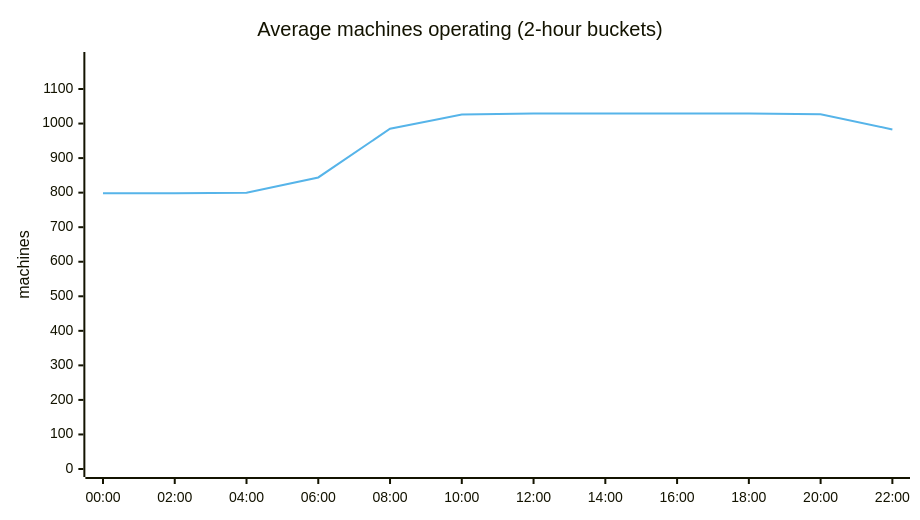
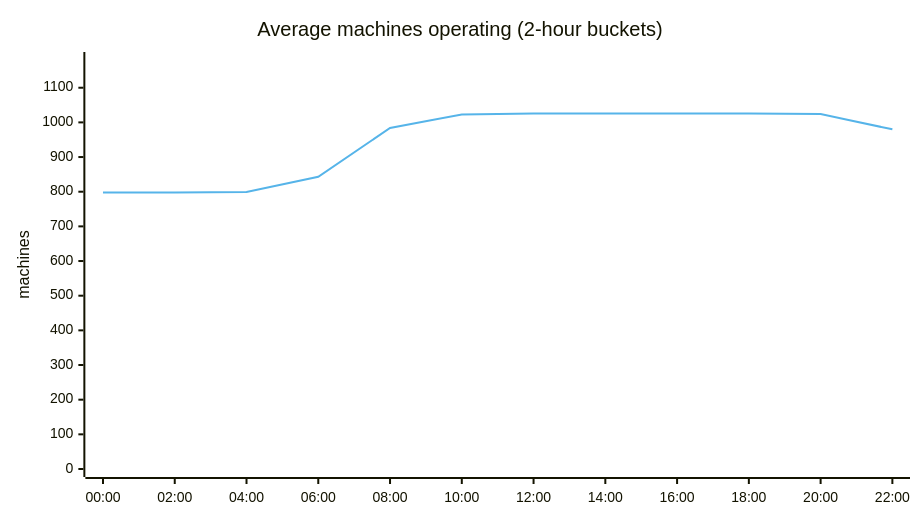
The third of 7 diagrams in ANALYSIS.md (cheeaun/returnright-data), drawn with Mermaid before and after one commit. The commit also changed other lines of this file and 3 other files, not shown here.

````diff
--- a/ANALYSIS.md
+++ b/ANALYSIS.md
@@ -88,15 +85,15 @@
 ```mermaid
 ---
 config:
   themeVariables:
     xyChart:
       plotColorPalette: "#56B4E9"
   xyChart:
     width: 900
 ---
 xychart-beta
     title "Average machines operating (2-hour buckets)"
     x-axis ["00:00", "02:00", "04:00", "06:00", "08:00", "10:00", "12:00", "14:00", "16:00", "18:00", "20:00", "22:00"]
-    y-axis "machines" 0 --> 1184
-    line [798, 798, 800, 844, 985, 1026, 1029, 1029, 1029, 1029, 1027, 983]
+    y-axis "machines" 0 --> 1180
+    line [798, 798, 799, 843, 984, 1023, 1026, 1026, 1026, 1026, 1024, 980]
 ```
````
